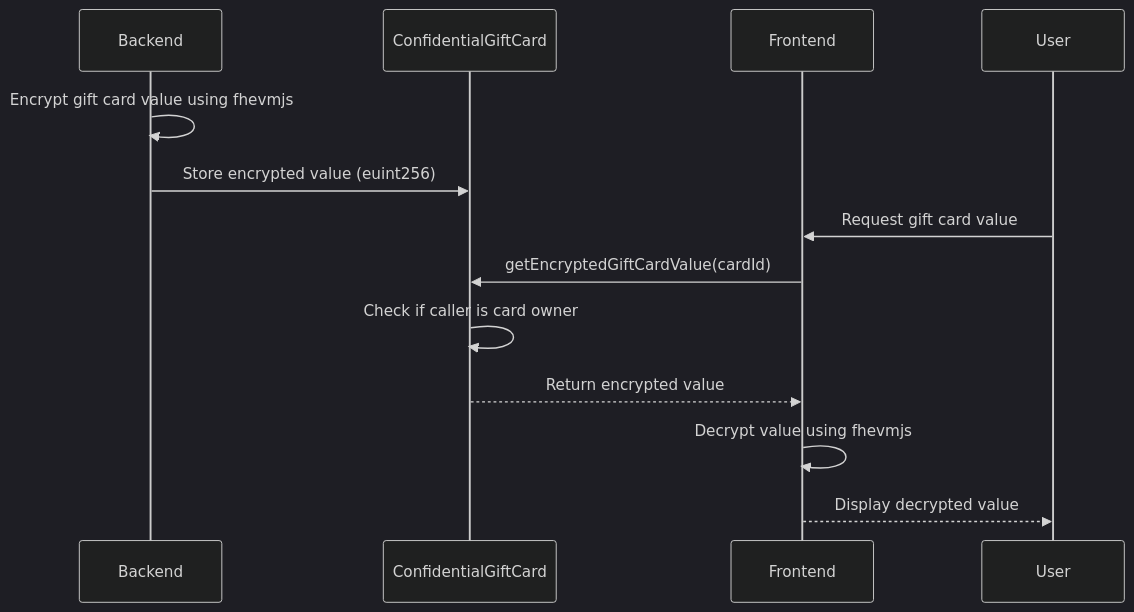
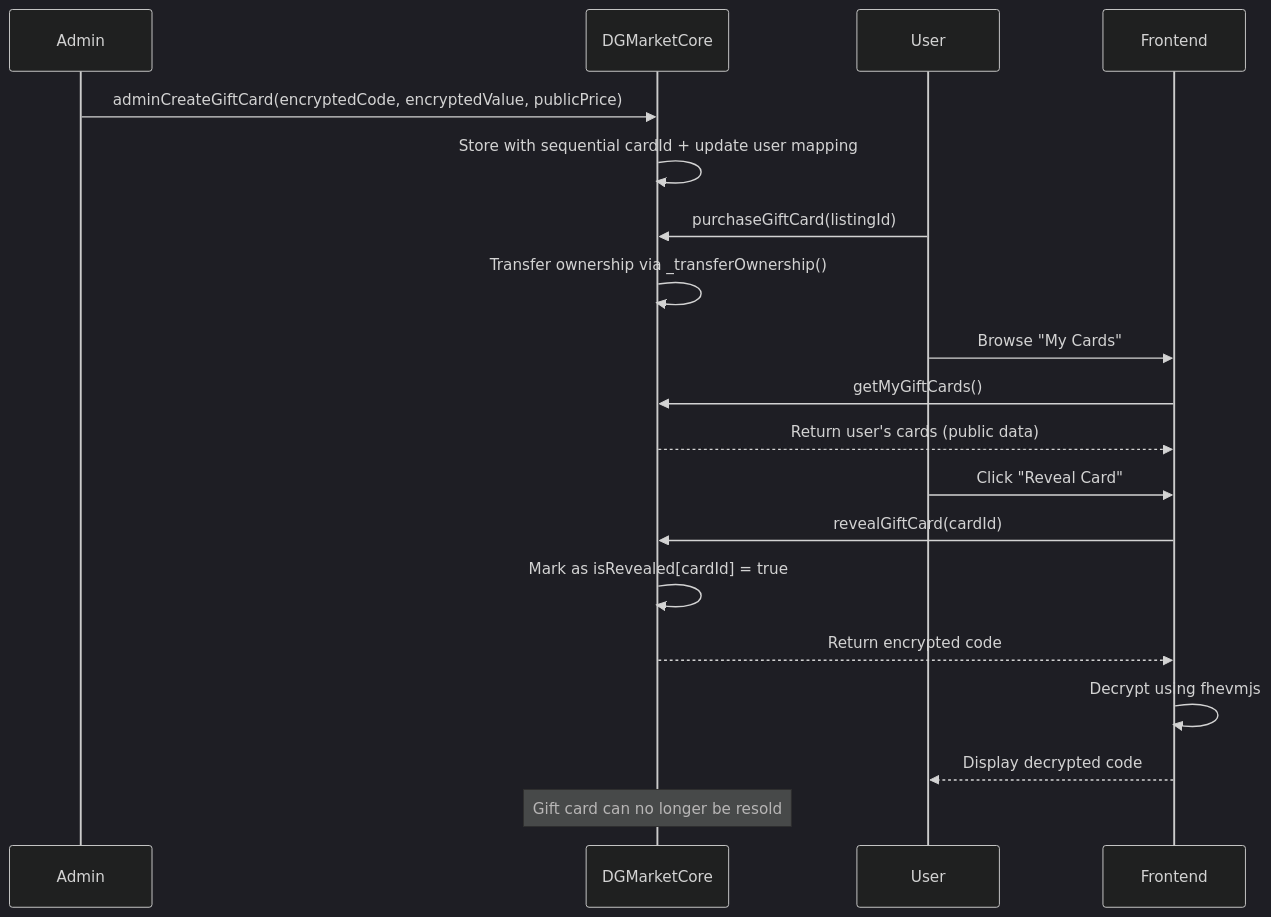
Before and after one commit to azhar0406/dgmarket: the first of 2 diagrams in README.md, drawn with Mermaid (dark theme). The commit also changed other lines of this file, not shown here.

Commit message:
contract work with fhe, chainlink, verify contract testing all are come contract compiled successfully

````diff
--- a/README.md
+++ b/README.md
@@ -193,16 +253,22 @@
 ```mermaid
 sequenceDiagram
-    participant Backend
-    participant Contract as ConfidentialGiftCard
+    participant Admin
+    participant DGMarketCore
+    participant User
     participant Frontend
-    participant User
     
-    Backend->>Backend: Encrypt gift card value using fhevmjs
-    Backend->>Contract: Store encrypted value (euint256)
-    User->>Frontend: Request gift card value
-    Frontend->>Contract: getEncryptedGiftCardValue(cardId)
-    Contract->>Contract: Check if caller is card owner
-    Contract-->>Frontend: Return encrypted value
-    Frontend->>Frontend: Decrypt value using fhevmjs
-    Frontend-->>User: Display decrypted value
+    Admin->>DGMarketCore: adminCreateGiftCard(encryptedCode, encryptedValue, publicPrice)
+    DGMarketCore->>DGMarketCore: Store with sequential cardId + update user mapping
+    User->>DGMarketCore: purchaseGiftCard(listingId)
+    DGMarketCore->>DGMarketCore: Transfer ownership via _transferOwnership()
+    User->>Frontend: Browse "My Cards"
+    Frontend->>DGMarketCore: getMyGiftCards()
+    DGMarketCore-->>Frontend: Return user's cards (public data)
+    User->>Frontend: Click "Reveal Card"
+    Frontend->>DGMarketCore: revealGiftCard(cardId)
+    DGMarketCore->>DGMarketCore: Mark as isRevealed[cardId] = true
+    DGMarketCore-->>Frontend: Return encrypted code
+    Frontend->>Frontend: Decrypt using fhevmjs
+    Frontend-->>User: Display decrypted code
+    Note over DGMarketCore: Gift card can no longer be resold
 ```
````
